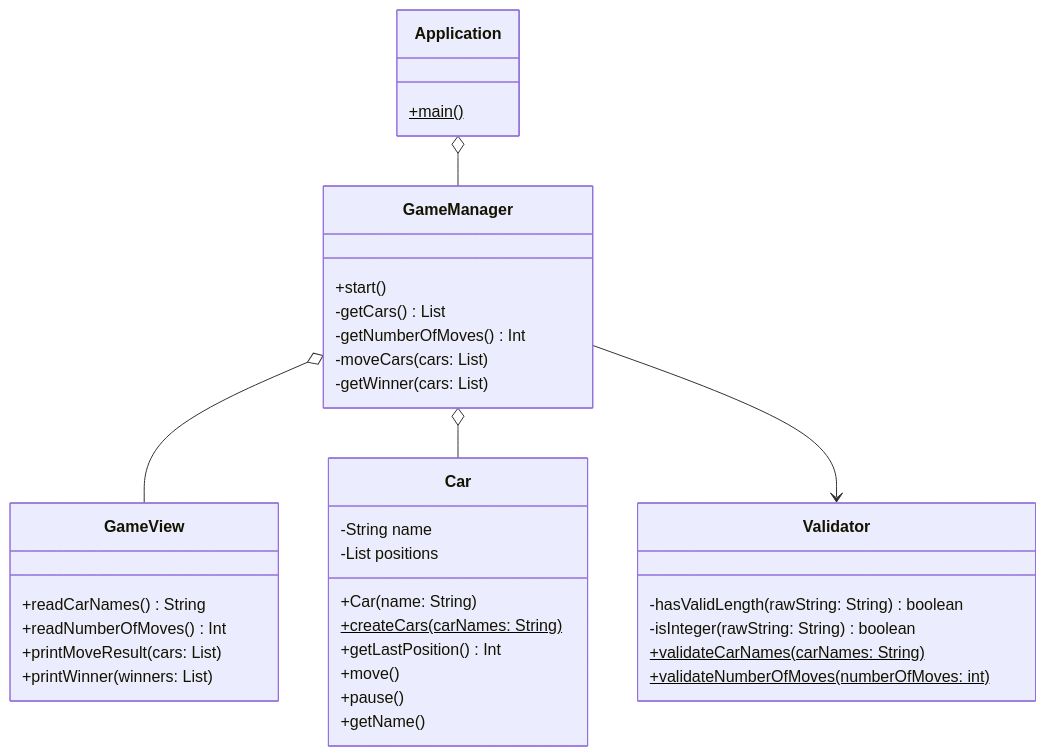
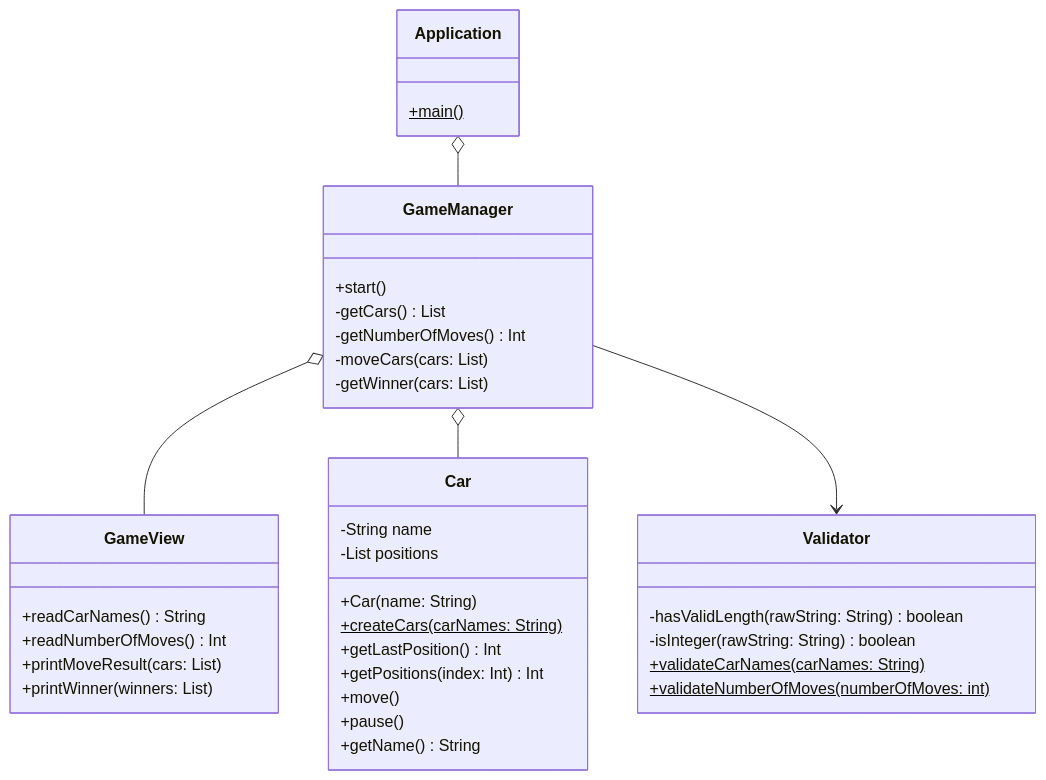
The second of 3 diagrams in docs/README.md (woowacourse-precourse/java-racingcar-6), drawn with Mermaid before and after one commit. The commit also changed other lines of this file, not shown here.

````diff
--- a/docs/README.md
+++ b/docs/README.md
@@ -64,40 +64,41 @@
 ```mermaid
 classDiagram
   Application o-- GameManager
   GameManager o-- GameView
   GameManager o-- Car
   GameManager --> Validator
   class Car{
     -String name
     -List<Integer> positions
     +Car(name: String)
     +createCars(carNames: String)$
     +getLastPosition() Int
+    +getPositions(index: Int) Int
     +move()
     +pause()
-    +getName()
+    +getName() String
   }
   class GameManager{
     +start()
     -getCars() List<Car>
     -getNumberOfMoves() Int
     -moveCars(cars: List<Car>)
     -getWinner(cars: List<Car>)
   }
   class GameView{
     +readCarNames() String
     +readNumberOfMoves() Int
     +printMoveResult(cars: List<Car>)
     +printWinner(winners: List<Car>)
   }
   class Validator{
     -hasValidLength(rawString: String) boolean
     -isInteger(rawString: String) boolean
     +validateCarNames(carNames: String)$
     +validateNumberOfMoves(numberOfMoves: int)$
   }
   class Application{
     +main()$
   }
 
 ```
````
